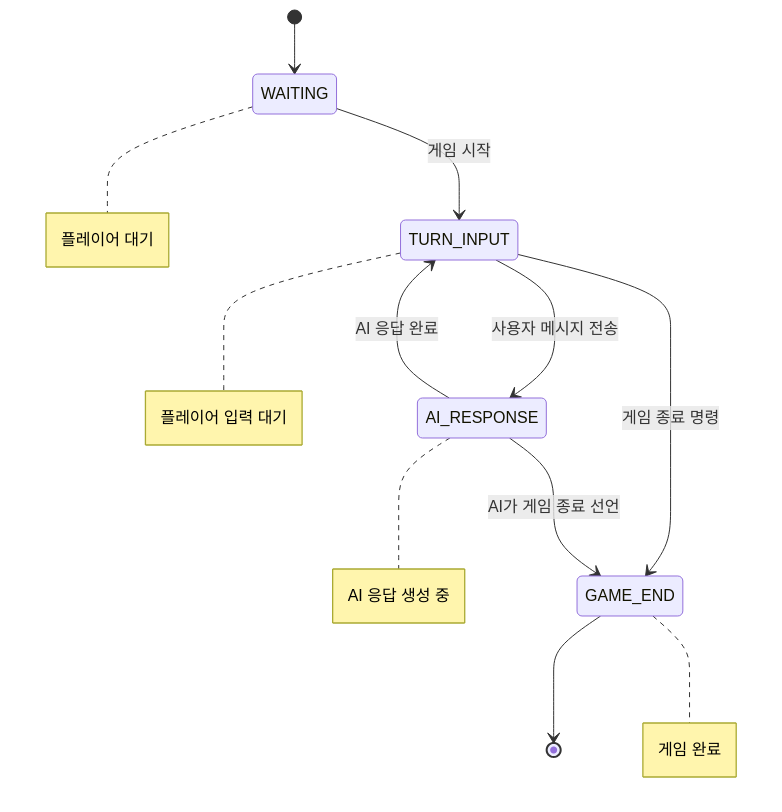
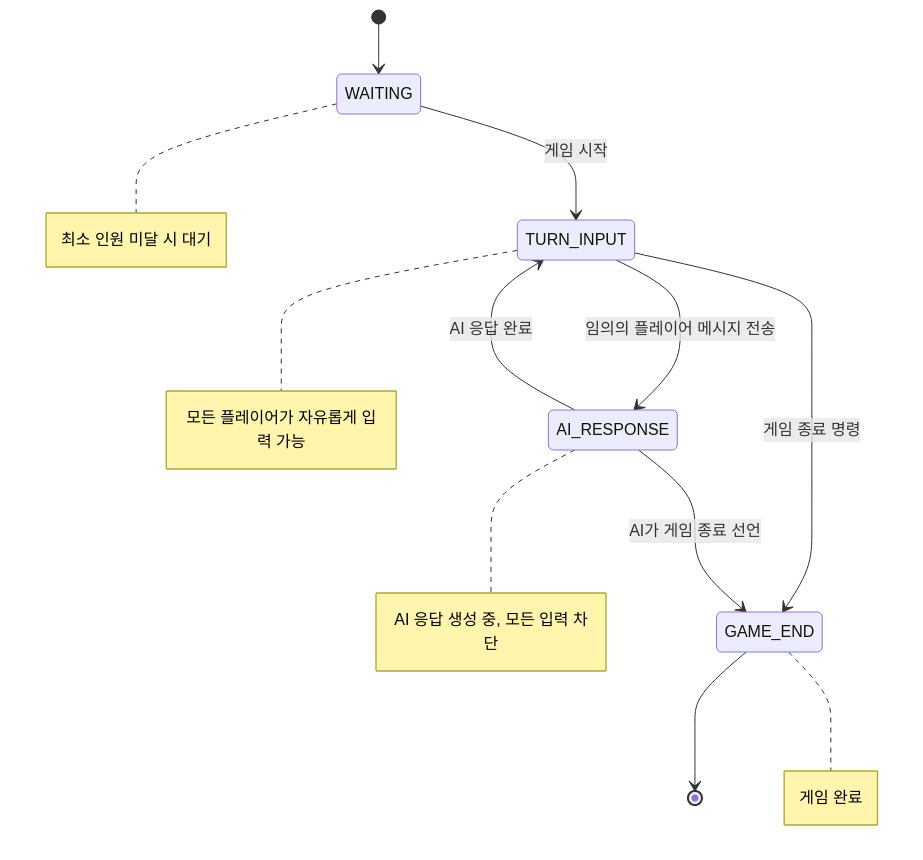
One commit to DungeonTalk/dungeontalk-backend changed the second of 2 diagrams in docs/aichat/game-logic.md. Above: the diagram before and after it, drawn with Mermaid. The commit also changed other lines of this file and 4 other files, not shown here.

````diff
--- a/docs/aichat/game-logic.md
+++ b/docs/aichat/game-logic.md
@@ -28,15 +28,15 @@
 ```mermaid
 stateDiagram-v2
     [*] --> WAITING
     WAITING --> TURN_INPUT : 게임 시작
-    TURN_INPUT --> AI_RESPONSE : 사용자 메시지 전송
+    TURN_INPUT --> AI_RESPONSE : 임의의 플레이어 메시지 전송
     AI_RESPONSE --> TURN_INPUT : AI 응답 완료
     TURN_INPUT --> GAME_END : 게임 종료 명령
     AI_RESPONSE --> GAME_END : AI가 게임 종료 선언
     GAME_END --> [*]
     
-    note right of WAITING : 플레이어 대기
-    note right of TURN_INPUT : 플레이어 입력 대기
-    note right of AI_RESPONSE : AI 응답 생성 중
+    note right of WAITING : 최소 인원 미달 시 대기
+    note right of TURN_INPUT : 모든 플레이어가 자유롭게 입력 가능
+    note right of AI_RESPONSE : AI 응답 생성 중, 모든 입력 차단
     note right of GAME_END : 게임 완료
 ```
````
